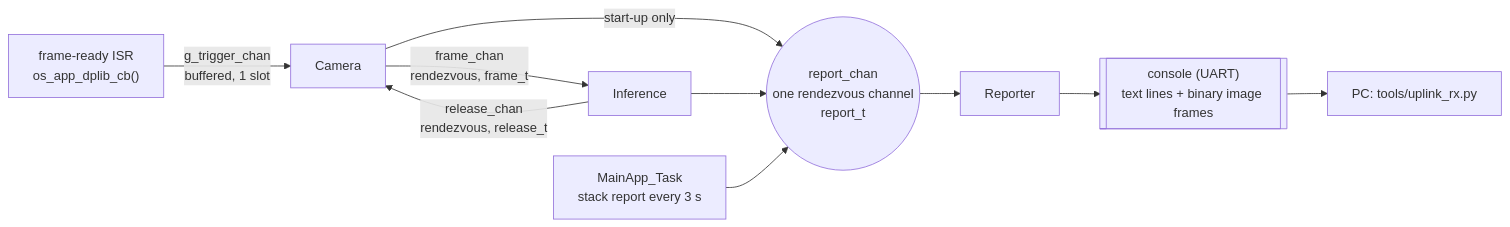
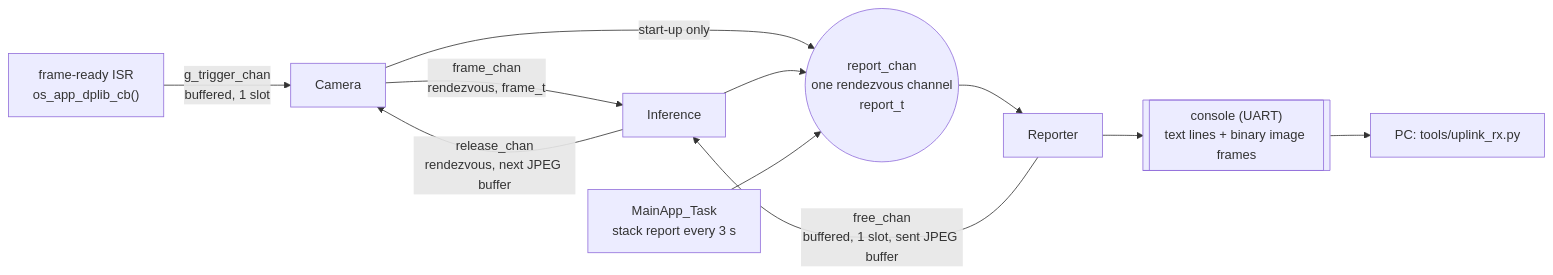
Before and after one commit to OliverFaust/HimaxWE2-CSP4CMSIS: the diagram in EPII_CM55M_APP_S/app/scenario_app/csp4cmsis_neuropathway_image_uplink/README.md, drawn with Mermaid. The commit also changed other lines of this file and 10 other files, not shown here.

First line of the commit message:
Stage 3 passes on the board: best-of-20 with four JPEG buffer tokens

````diff
--- a/EPII_CM55M_APP_S/app/scenario_app/csp4cmsis_neuropathway_image_uplink/README.md
+++ b/EPII_CM55M_APP_S/app/scenario_app/csp4cmsis_neuropathway_image_uplink/README.md
@@ -22,12 +22,13 @@
 ```mermaid
 flowchart LR
     ISR["frame-ready ISR<br/>os_app_dplib_cb()"] -->|"g_trigger_chan<br/>buffered, 1 slot"| Camera
     Camera -->|"frame_chan<br/>rendezvous, frame_t"| Inference
-    Inference -->|"release_chan<br/>rendezvous, release_t"| Camera
+    Inference -->|"release_chan<br/>rendezvous, next JPEG buffer"| Camera
+    Reporter -->|"free_chan<br/>buffered, 1 slot, sent JPEG buffer"| Inference
     Camera -->|"start-up only"| report_chan
     Inference --> report_chan
     MainApp["MainApp_Task<br/>stack report every 3 s"] --> report_chan
     report_chan(("report_chan<br/>one rendezvous channel<br/>report_t")) --> Reporter
     Reporter --> Console[["console (UART)<br/>text lines + binary image frames"]]
     Console --> PC["PC: tools/uplink_rx.py"]
 ```
````
